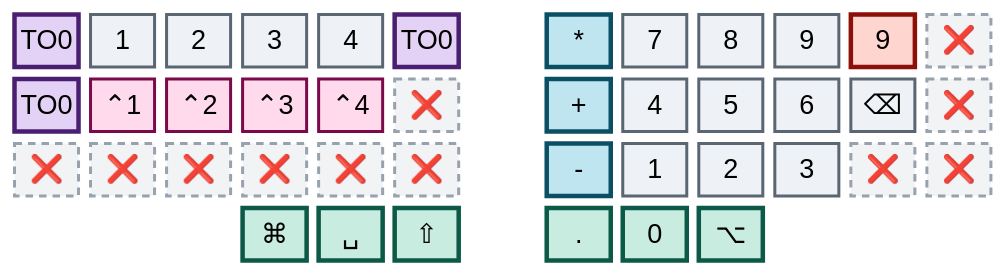
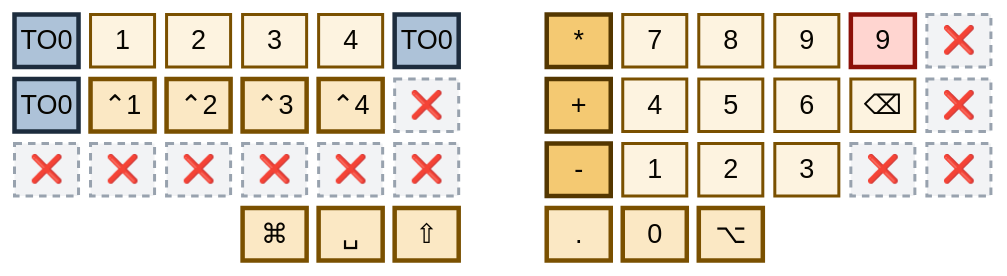
The fourth of 6 diagrams in README.md (abloch/zmk-corne), drawn with Mermaid before and after one commit. The commit also changed other lines of this file, not shown here.

````diff
--- a/README.md
+++ b/README.md
@@ -160,26 +153,24 @@
 ```mermaid
-%%{init: {'theme':'base','themeVariables':{'primaryColor':'#eef1f5','primaryTextColor':'#0b0f14','primaryBorderColor':'#5b6673','nodeTextColor':'#0b0f14','textColor':'#0b0f14','mainBkg':'#eef1f5','fontSize':'18px'}}}%%
+%%{init: {'theme':'base','themeVariables':{'primaryColor':'#fdf3e0','primaryTextColor':'#2e1e00','primaryBorderColor':'#7a5000','nodeTextColor':'#2e1e00','textColor':'#2e1e00','mainBkg':'#fdf3e0','fontSize':'18px'}}}%%
 block
 columns 13
 
   to0["TO0"] n1["1"] n2["2"] n3["3"] n4["4"] t0b["TO0"] space mul["*"] s7["7"] s8["8"] s9["9"] d9["9"] x1["❌"]
   t0c["TO0"] c1["⌃1"] c2["⌃2"] c3["⌃3"] c4["⌃4"] x2["❌"] space pls["+"] s4["4"] s5["5"] s6["6"] bsp["⌫"] x3["❌"]
   x4["❌"] x5["❌"] x6["❌"] x7["❌"] x8["❌"] x9["❌"] space mns["-"] s1["1"] s2["2"] s3["3"] x10["❌"] x11["❌"]
   space:3 cmd["⌘"] spc["␣"] sft["⇧"] space kdt["."] zro["0"] alt["⌥"] space:3
 
-  classDef chord fill:#ffd9ec,stroke:#7a0a4a,stroke-width:2px,color:#3a0523
-  classDef punc fill:#bfe6f0,stroke:#0a4f63,stroke-width:3px,color:#04222b
-  classDef layerk fill:#e3d2f5,stroke:#4a1f72,stroke-width:3px,color:#240c39
-  classDef core fill:#eef1f5,stroke:#5b6673,stroke-width:2px,color:#0b0f14
-  classDef thumb fill:#c8ece0,stroke:#0b5946,stroke-width:3px,color:#06241c
-  classDef doomed fill:#ffd5d0,stroke:#8c1008,stroke-width:3px,color:#3d0603
+  classDef plain fill:#fdf3e0,stroke:#7a5000,stroke-width:2px,color:#2e1e00
+  classDef mod fill:#fbe8c4,stroke:#7a5000,stroke-width:3px,color:#2e1e00
+  classDef spec fill:#f4c972,stroke:#543700,stroke-width:3px,color:#1c1200
+  classDef goL0 fill:#adc2d8,stroke:#1d2c3d,stroke-width:3px,color:#060c12
+  classDef alert fill:#ffd5d0,stroke:#8c1008,stroke-width:3px,color:#3d0603
   classDef dead fill:#f2f3f5,stroke:#98a2ae,stroke-width:2px,stroke-dasharray:5 4,color:#5b6673
 
-  class n1,n2,n3,n4,s1,s2,s3,s4,s5,s6,s7,s8,s9,bsp core
-  class c1,c2,c3,c4 chord
-  class mul,pls,mns punc
-  class d9 doomed
-  class to0,t0b,t0c layerk
-  class cmd,spc,sft,kdt,zro,alt thumb
+  class n1,n2,n3,n4,s1,s2,s3,s4,s5,s6,s7,s8,s9,bsp plain
+  class c1,c2,c3,c4,cmd,spc,sft,kdt,zro,alt mod
+  class mul,pls,mns spec
+  class to0,t0b,t0c goL0
+  class d9 alert
   class x1,x2,x3,x4,x5,x6,x7,x8,x9,x10,x11 dead
 ```
````
